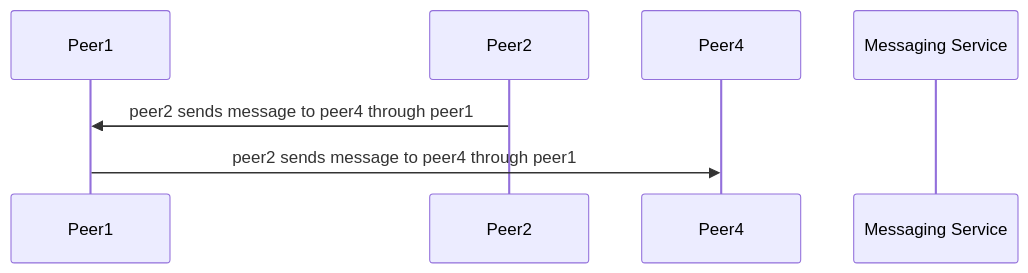
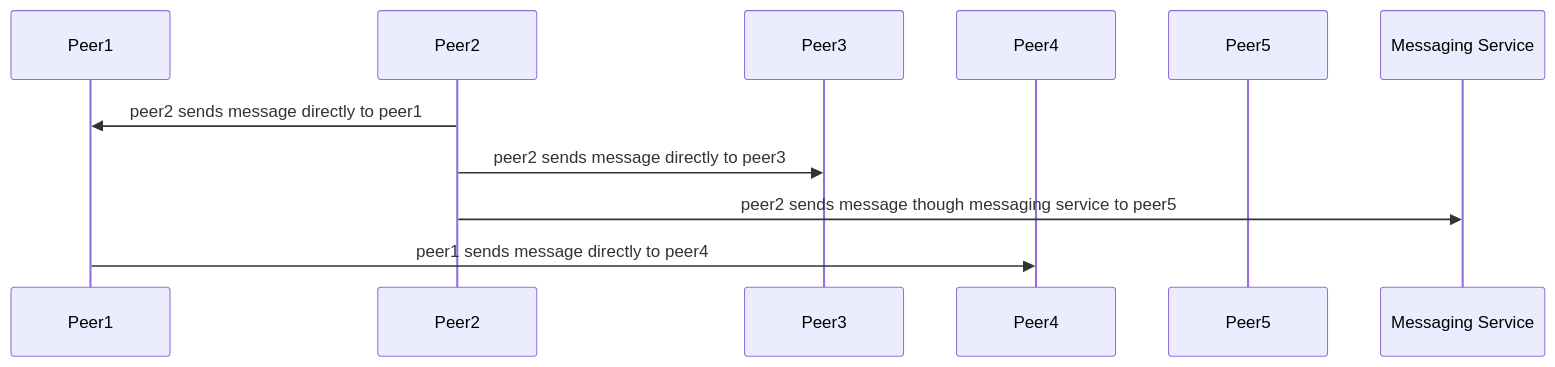
Before and after one commit to decentraland/adr: the fourth of 5 diagrams in RFC/RFC-14-p2p-adapter.md, drawn with Mermaid. The commit also changed other lines of this file, not shown here.

````diff
--- a/RFC/RFC-14-p2p-adapter.md
+++ b/RFC/RFC-14-p2p-adapter.md
@@ -113,11 +115,15 @@
 ```mermaid
 sequenceDiagram
     participant Peer1
     participant Peer2
+    participant Peer3
     participant Peer4
+    participant Peer5
     participant MS as Messaging Service
 
-    Peer2->>Peer1: peer2 sends message to peer4 through peer1
-    Peer1->>Peer4: peer2 sends message to peer4 through peer1
+    Peer2->>Peer1: peer2 sends message directly to peer1
+    Peer2->>Peer3: peer2 sends message directly to peer3
+    Peer2->>MS: peer2 sends message though messaging service to peer5
 
+    Peer1->>Peer4: peer1 sends message directly to peer4
 ```
````
